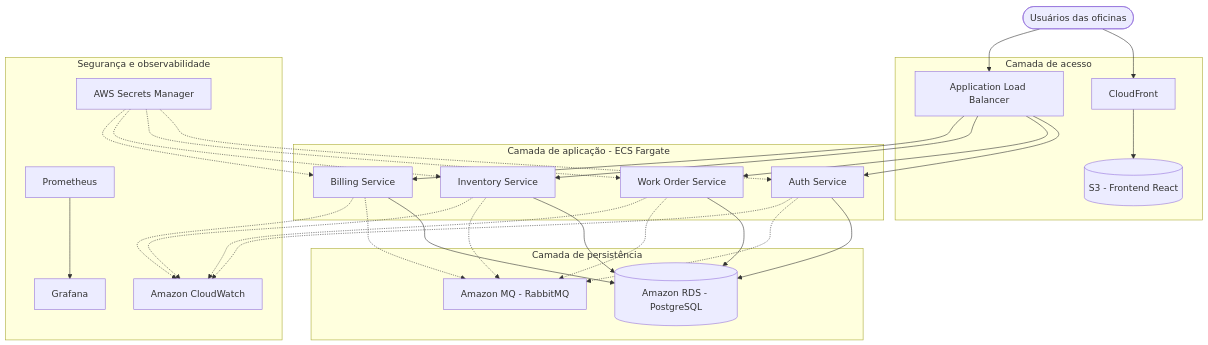
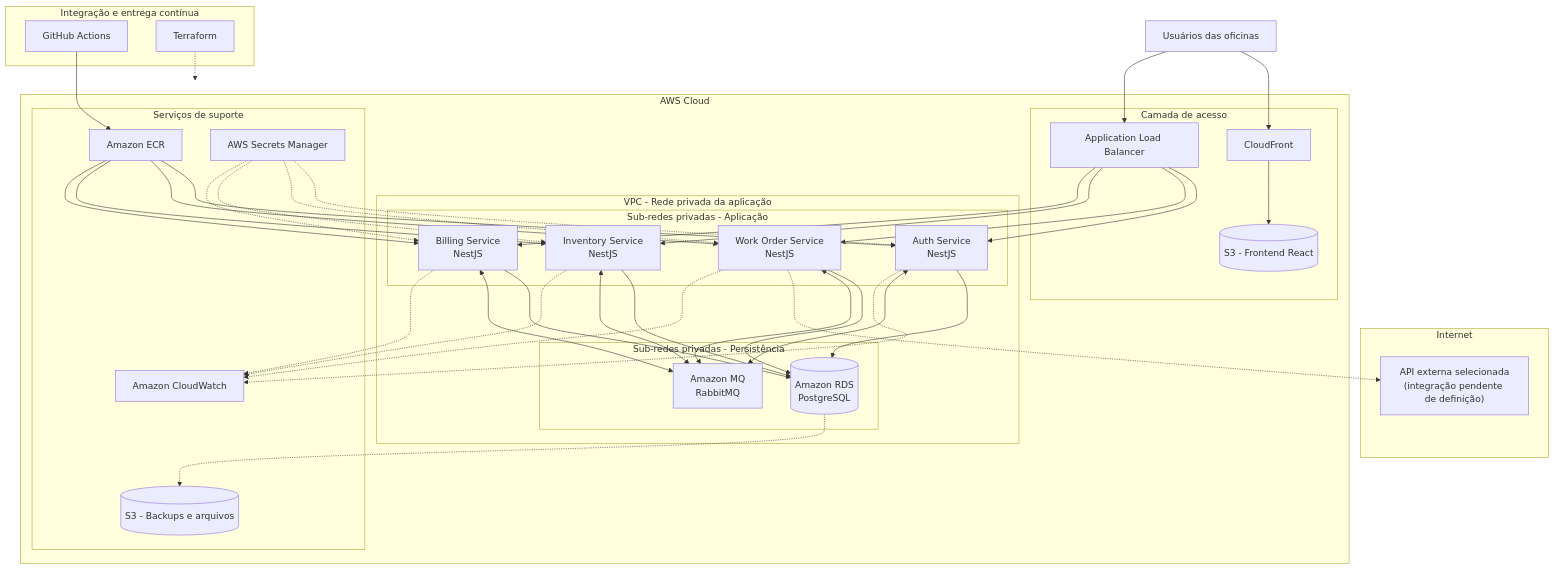
The diagram in docs/arquitetura/05-arquitetura-nuvem.md (brandelas/tcc), drawn with Mermaid before and after one commit. The commit also changed other lines of this file, not shown here.

````diff
--- a/docs/arquitetura/05-arquitetura-nuvem.md
+++ b/docs/arquitetura/05-arquitetura-nuvem.md
@@ -44,35 +48,48 @@
 ```mermaid
-flowchart TD
-    Usuario([Usuários das oficinas])
+flowchart TB
+    USER["Usuários das oficinas"]
 
-    subgraph Acesso["Camada de acesso"]
-        CF[CloudFront]
-        S3FE[(S3 - Frontend React)]
-        ALB[Application Load Balancer]
+    subgraph INTERNET["Internet"]
+        EXT["API externa selecionada<br/>(integração pendente de definição)"]
     end
 
-    subgraph Aplicacao["Camada de aplicação - ECS Fargate"]
-        AUTH[Auth Service]
-        WO[Work Order Service]
-        INV[Inventory Service]
-        BILL[Billing Service]
+    subgraph AWS["AWS Cloud"]
+        subgraph ACCESS["Camada de acesso"]
+            CF["CloudFront"]
+            S3FE[("S3 - Frontend React")]
+            ALB["Application Load Balancer"]
+        end
+
+        subgraph VPC["VPC - Rede privada da aplicação"]
+            subgraph APP["Sub-redes privadas - Aplicação"]
+                AUTH["Auth Service<br/>NestJS"]
+                WO["Work Order Service<br/>NestJS"]
+                INV["Inventory Service<br/>NestJS"]
+                BILL["Billing Service<br/>NestJS"]
+            end
+
+            subgraph DATA["Sub-redes privadas - Persistência"]
+                RDS[("Amazon RDS<br/>PostgreSQL")]
+                MQ["Amazon MQ<br/>RabbitMQ"]
+            end
+        end
+
+        subgraph SUPPORT["Serviços de suporte"]
+            ECR["Amazon ECR"]
+            SM["AWS Secrets Manager"]
+            CW["Amazon CloudWatch"]
+            S3BACKUP[("S3 - Backups e arquivos")]
+        end
     end
 
-    subgraph Persistencia["Camada de persistência"]
-        RDS[(Amazon RDS - PostgreSQL)]
-        MQ[Amazon MQ - RabbitMQ]
+    subgraph CICD["Integração e entrega contínua"]
+        GH["GitHub Actions"]
+        TF["Terraform"]
     end
 
-    subgraph Operacao["Segurança e observabilidade"]
-        SM[AWS Secrets Manager]
-        CW[Amazon CloudWatch]
-        PROM[Prometheus]
-        GRAF[Grafana]
-    end
-
-    Usuario --> CF
+    USER --> CF
     CF --> S3FE
-    Usuario --> ALB
+    USER --> ALB
 
     ALB --> AUTH
     ALB --> WO
@@ -84,10 +101,12 @@
     INV --> RDS
     BILL --> RDS
 
-    AUTH -.-> MQ
-    WO -.-> MQ
-    INV -.-> MQ
-    BILL -.-> MQ
+    AUTH <--> MQ
+    WO <--> MQ
+    INV <--> MQ
+    BILL <--> MQ
+
+    WO -.-> EXT
 
     SM -.-> AUTH
     SM -.-> WO
@@ -99,5 +118,13 @@
     INV -.-> CW
     BILL -.-> CW
 
-    PROM --> GRAF
+    RDS -.-> S3BACKUP
+
+    GH --> ECR
+    ECR --> AUTH
+    ECR --> WO
+    ECR --> INV
+    ECR --> BILL
+
+    TF -.-> AWS
 ```
````
